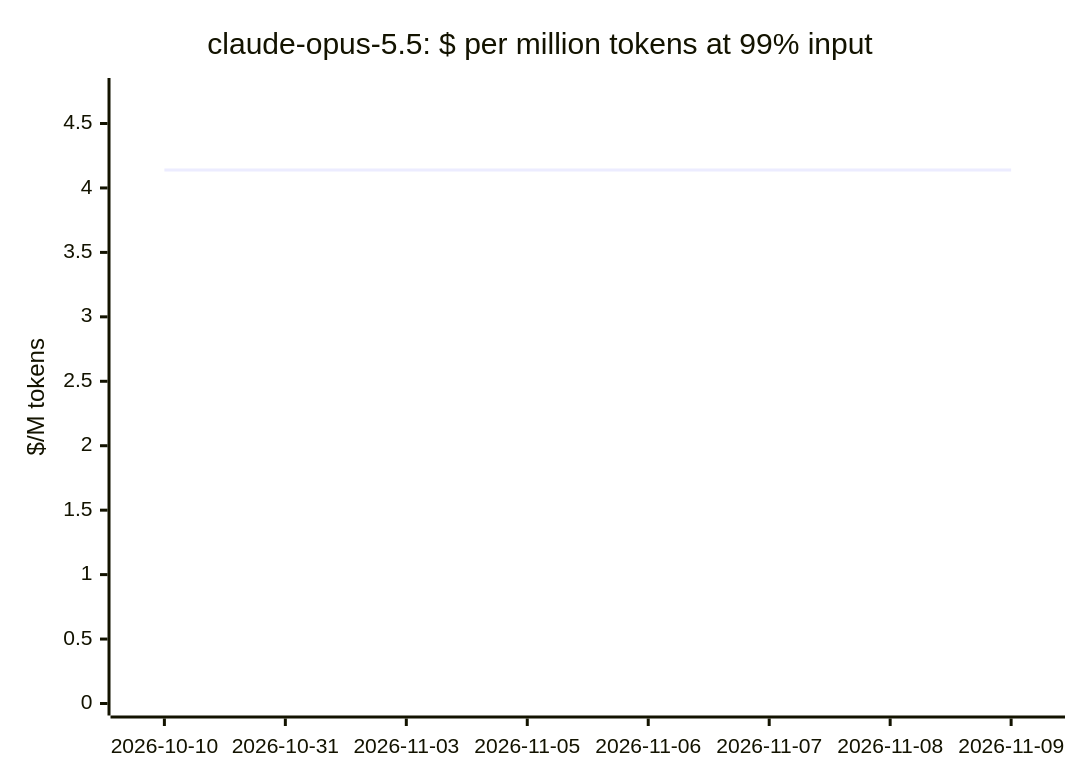
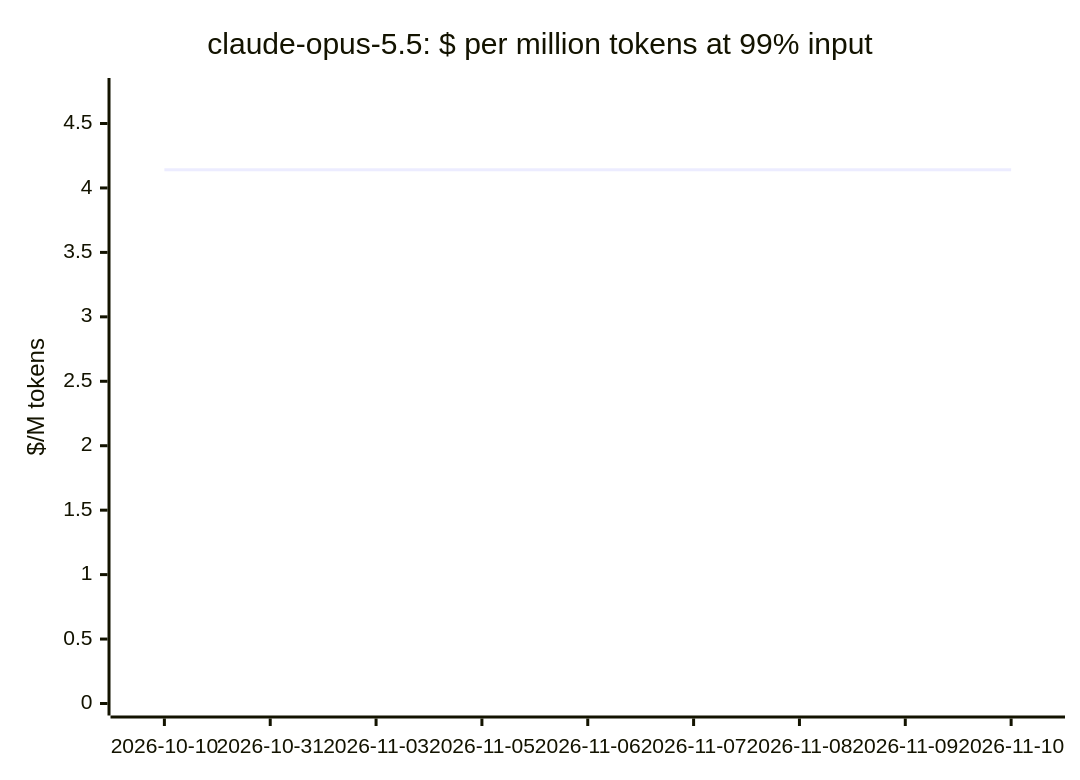
The fourth of 19 diagrams in docs/openrouter-models.md (cklukas/OMEGA_TRANSFORM), drawn with Mermaid before and after one commit. The commit also changed other lines of this file and 49 other files, not shown here.

````diff
--- a/docs/openrouter-models.md
+++ b/docs/openrouter-models.md
@@ -168,7 +166,7 @@
 ```mermaid
 xychart-beta
     title "claude-opus-5.5: $ per million tokens at 99% input"
-    x-axis ["2026-10-10", "2026-10-31", "2026-11-03", "2026-11-05", "2026-11-06", "2026-11-07", "2026-11-08", "2026-11-09"]
+    x-axis ["2026-10-10", "2026-10-31", "2026-11-03", "2026-11-05", "2026-11-06", "2026-11-07", "2026-11-08", "2026-11-09", "2026-11-10"]
     y-axis "$/M tokens" 0 --> 4.76
-    line [4.14, 4.14, 4.14, 4.14, 4.14, 4.14, 4.14, 4.14]
+    line [4.142, 4.142, 4.142, 4.142, 4.142, 4.142, 4.142, 4.142, 4.142]
 ```
````
